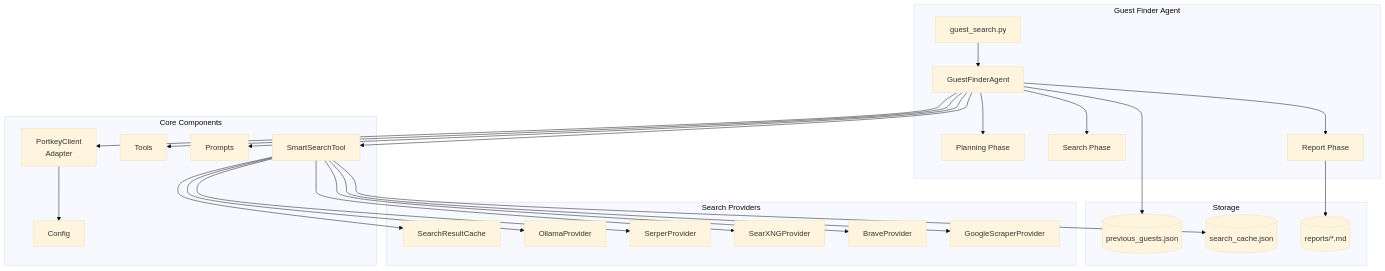
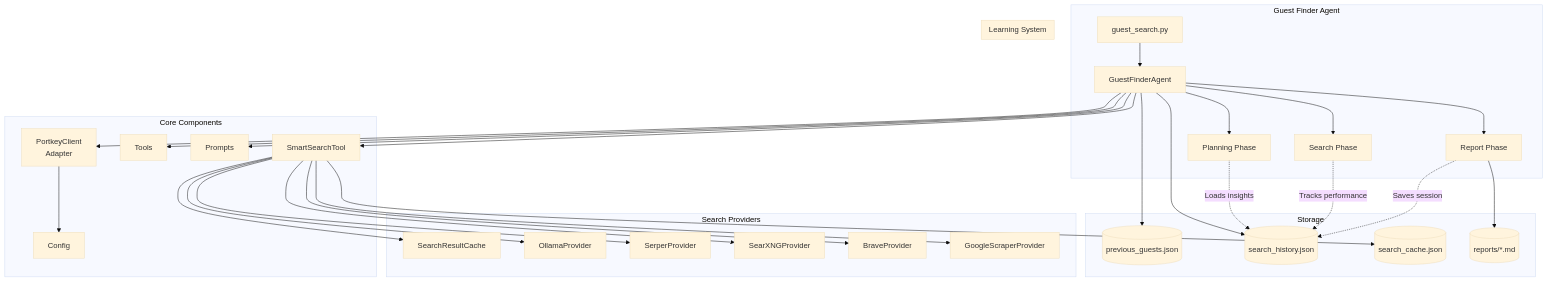
One commit to Joopsnijder/guest_search changed the second of 7 diagrams in docs/architecture.md. Above: the diagram before and after it, drawn with Mermaid (base theme). The commit also changed other lines of this file, not shown here.

First line of the commit message:
docs: Update architecture.md with learning system

````diff
--- a/docs/architecture.md
+++ b/docs/architecture.md
@@ -71,32 +73,39 @@
 ```mermaid
 graph TD
     subgraph "Guest Finder Agent"
         M[guest_search.py] --> GFA[GuestFinderAgent]
         GFA --> P1[Planning Phase]
         GFA --> P2[Search Phase]
         GFA --> P3[Report Phase]
     end
 
     subgraph "Core Components"
         GFA --> PC[PortkeyClient<br/>Adapter]
         PC --> C[Config]
         GFA --> T[Tools]
         GFA --> PR[Prompts]
         GFA --> SST[SmartSearchTool]
     end
 
     subgraph "Search Providers"
         SST --> Cache[SearchResultCache]
         SST --> SP1[OllamaProvider]
         SST --> SP2[SerperProvider]
         SST --> SP3[SearXNGProvider]
         SST --> SP4[BraveProvider]
         SST --> SP5[GoogleScraperProvider]
     end
 
     subgraph "Storage"
         GFA --> PG[(previous_guests.json)]
+        GFA --> SH[(search_history.json)]
         SST --> SC[(search_cache.json)]
         P3 --> RP[(reports/*.md)]
     end
+
+    subgraph "Learning System"
+        P1 -.->|Loads insights| SH
+        P2 -.->|Tracks performance| SH
+        P3 -.->|Saves session| SH
+    end
 ```
````
